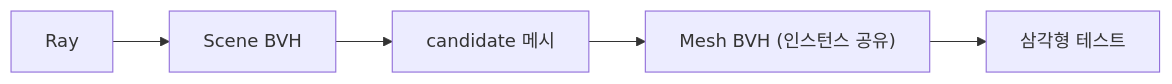
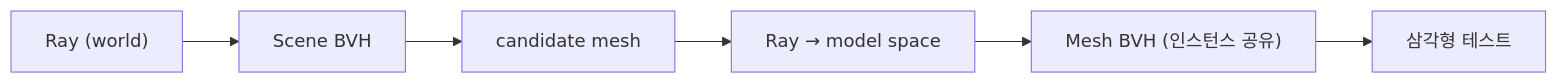
Before and after one commit to nansu0425/GameTechLab-Engine-Portfolio: the third of 3 diagrams in docs/mouse-picking-optimization.md, drawn with Mermaid. The commit also changed other lines of this file, not shown here.

Commit message:
docs: Mouse Picking 3-3 — Mesh BVH 보강·Back-face Culling 제거

````diff
--- a/docs/mouse-picking-optimization.md
+++ b/docs/mouse-picking-optimization.md
@@ -192,7 +194,8 @@
 ```mermaid
 graph LR
-    Ray --> SBVH["Scene BVH"]
-    SBVH --> Mesh["candidate 메시"]
-    Mesh --> MBVH["Mesh BVH (인스턴스 공유)"]
+    Ray["Ray (world)"] --> SBVH["Scene BVH"]
+    SBVH --> Cand["candidate mesh"]
+    Cand --> TF["Ray → model space"]
+    TF --> MBVH["Mesh BVH (인스턴스 공유)"]
     MBVH --> Tri["삼각형 테스트"]
 ```
````
